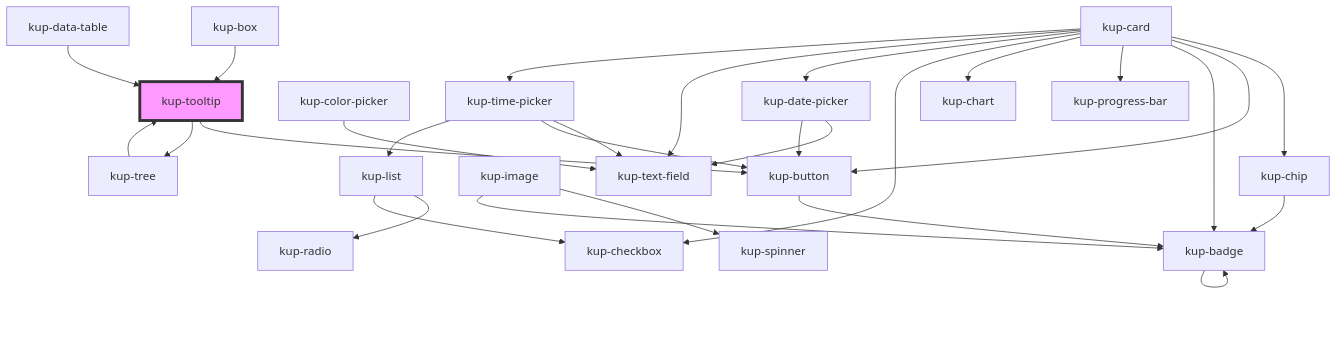
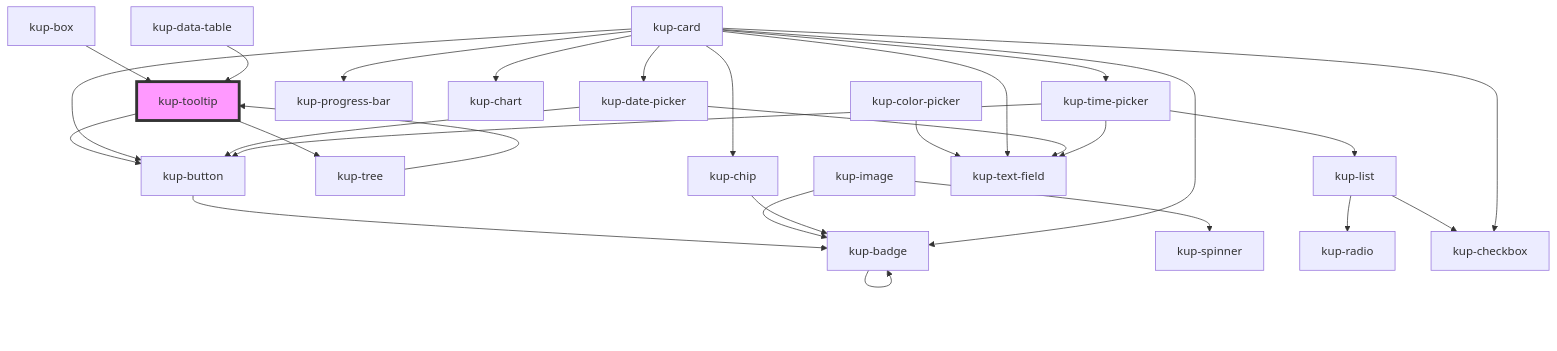
Before and after one commit to smeup/ketchup: the diagram in packages/ketchup/src/components/kup-tooltip/readme.md, drawn with Mermaid. The commit also changed other lines of this file and 10 other files, not shown here.

````diff
--- a/packages/ketchup/src/components/kup-tooltip/readme.md
+++ b/packages/ketchup/src/components/kup-tooltip/readme.md
@@ -76,31 +76,31 @@
 ```mermaid
 graph TD;
   kup-tooltip --> kup-button
   kup-tooltip --> kup-tree
   kup-button --> kup-badge
   kup-badge --> kup-badge
   kup-tree --> kup-tooltip
   kup-image --> kup-spinner
   kup-image --> kup-badge
   kup-chip --> kup-badge
   kup-color-picker --> kup-text-field
+  kup-list --> kup-radio
+  kup-list --> kup-checkbox
   kup-card --> kup-chip
   kup-card --> kup-button
   kup-card --> kup-badge
   kup-card --> kup-progress-bar
   kup-card --> kup-chart
   kup-card --> kup-checkbox
   kup-card --> kup-date-picker
   kup-card --> kup-text-field
   kup-card --> kup-time-picker
   kup-date-picker --> kup-text-field
   kup-date-picker --> kup-button
   kup-time-picker --> kup-text-field
   kup-time-picker --> kup-button
   kup-time-picker --> kup-list
-  kup-list --> kup-radio
-  kup-list --> kup-checkbox
   kup-box --> kup-tooltip
   kup-data-table --> kup-tooltip
   style kup-tooltip fill:#f9f,stroke:#333,stroke-width:4px
 ```
````
